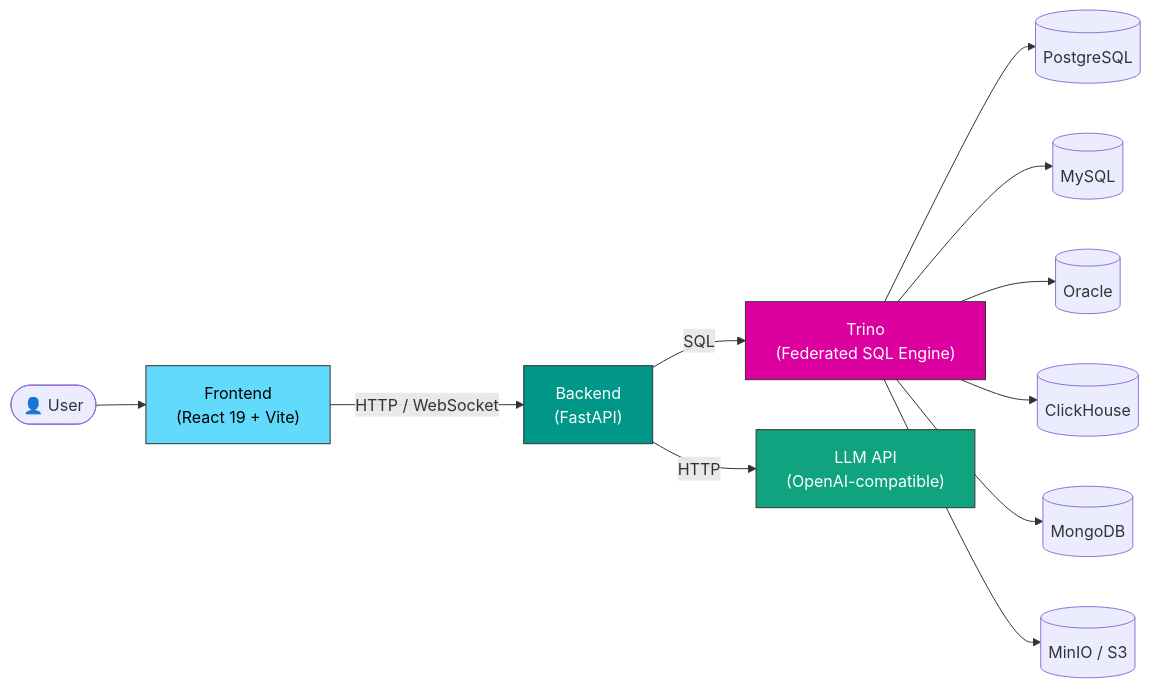
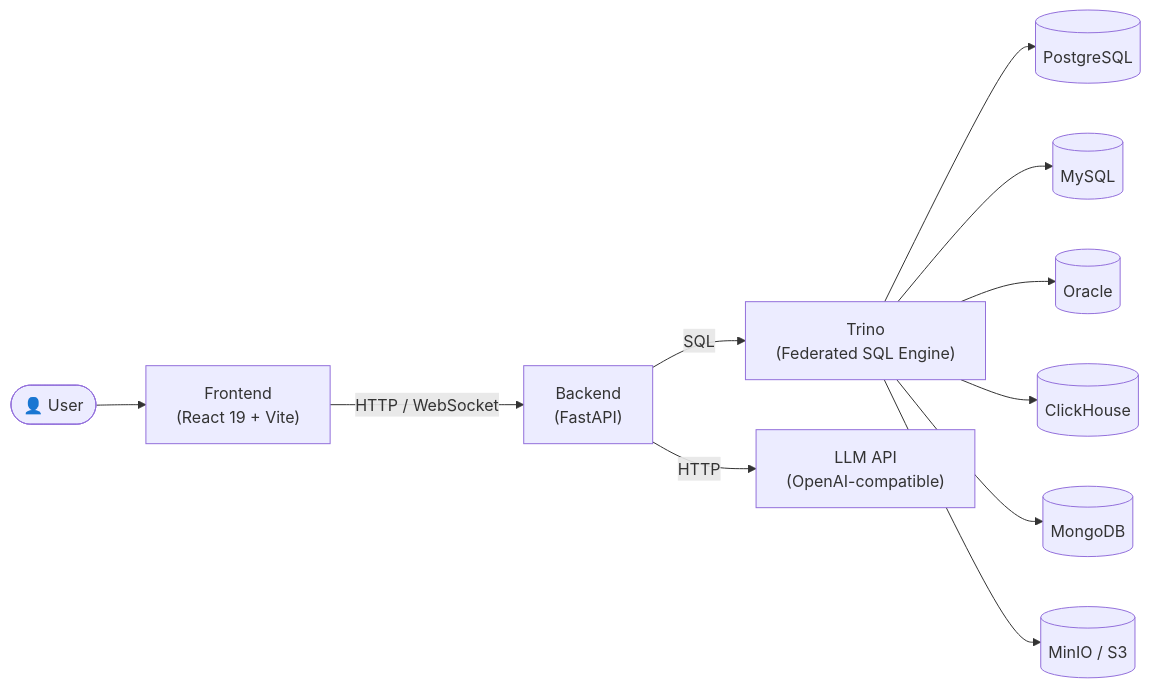
Before and after one commit to NLEx-team/NLEx: the diagram in docs/index.md, drawn with Mermaid. The commit also changed other lines of this file and 2 other files, not shown here.

Commit message:
docs: remove hardcoded colors from mermaid diagrams

````diff
--- a/docs/index.md
+++ b/docs/index.md
@@ -23,19 +23,14 @@
 ```mermaid
 flowchart LR
     User([👤 User]) --> Frontend["Frontend\n(React 19 + Vite)"]
     Frontend -->|HTTP / WebSocket| Backend["Backend\n(FastAPI)"]
     Backend -->|SQL| Trino["Trino\n(Federated SQL Engine)"]
     Backend -->|HTTP| LLM["LLM API\n(OpenAI-compatible)"]
 
     Trino --> PG[(PostgreSQL)]
     Trino --> MySQL[(MySQL)]
     Trino --> Oracle[(Oracle)]
     Trino --> CH[(ClickHouse)]
     Trino --> Mongo[(MongoDB)]
     Trino --> MinIO[(MinIO / S3)]
-
-    style Frontend fill:#61dafb,stroke:#333,color:#000
-    style Backend fill:#009688,stroke:#333,color:#fff
-    style Trino fill:#dd00a1,stroke:#333,color:#fff
-    style LLM fill:#10a37f,stroke:#333,color:#fff
 ```
````
